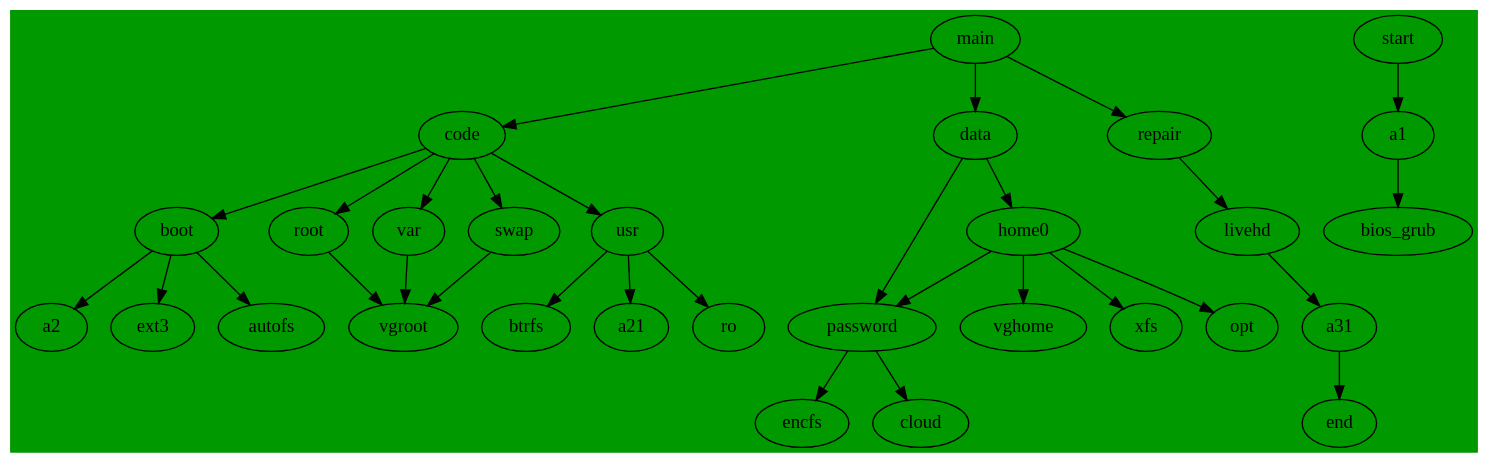
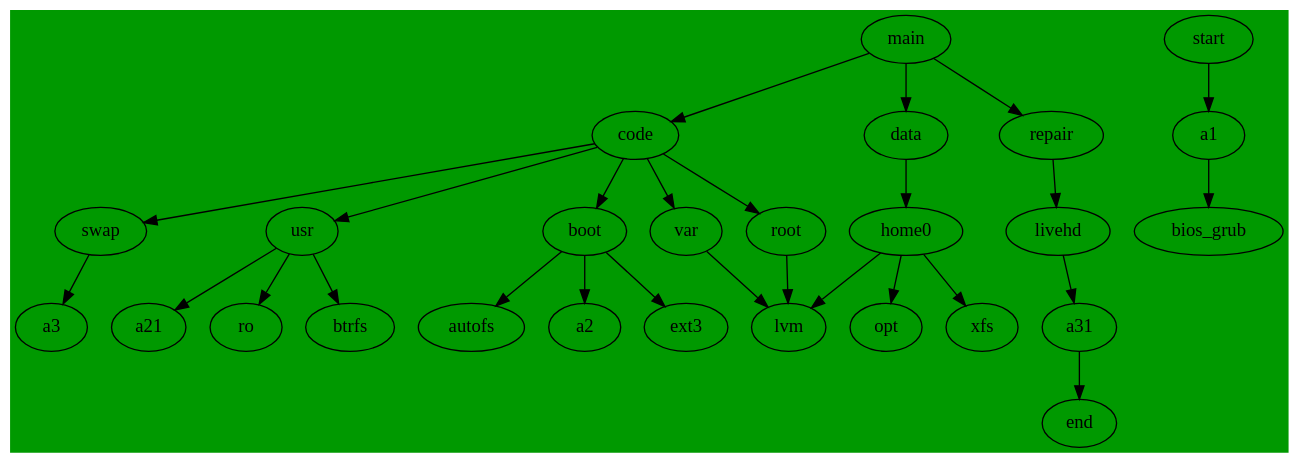
Before and after one commit to cdede/dotfiles: the diagram in dot/.config/dupl/parted.dot, drawn with Graphviz. The commit also changed 1 other file, not shown here.

Commit message:
unuse encfs,password in ext3 and home

```diff
--- a/dot/.config/dupl/parted.dot
+++ b/dot/.config/dupl/parted.dot
@@ -1,39 +1,35 @@
 // dot -Tpng  parted.dot -o line1.png
 //  default ext4
 digraph G {
   bgcolor ="#009900";
   main->code;
   main->data;
   main->repair;
 
   start->a1;
   a1->bios_grub;
   a31->end;
 
   code->boot;
   code->root;
   code->var;
   code->swap;
   code->usr;
-  root ->vgroot;
-  var->vgroot;
-  swap->vgroot;
+  root ->lvm;
+  var->lvm;
+  swap->a3;
   boot->a2;
   boot->ext3;
   boot->autofs;
   usr->btrfs;
   usr->a21;
   usr ->ro;
 
   repair->livehd;
   livehd->a31;
 
   data->home0;
-  data->password;
-  home0->vghome;
+  home0->lvm;
   home0->xfs;
-  home0->password;
   home0->opt;
-  password -> encfs;
-  password -> cloud;
 }
```
